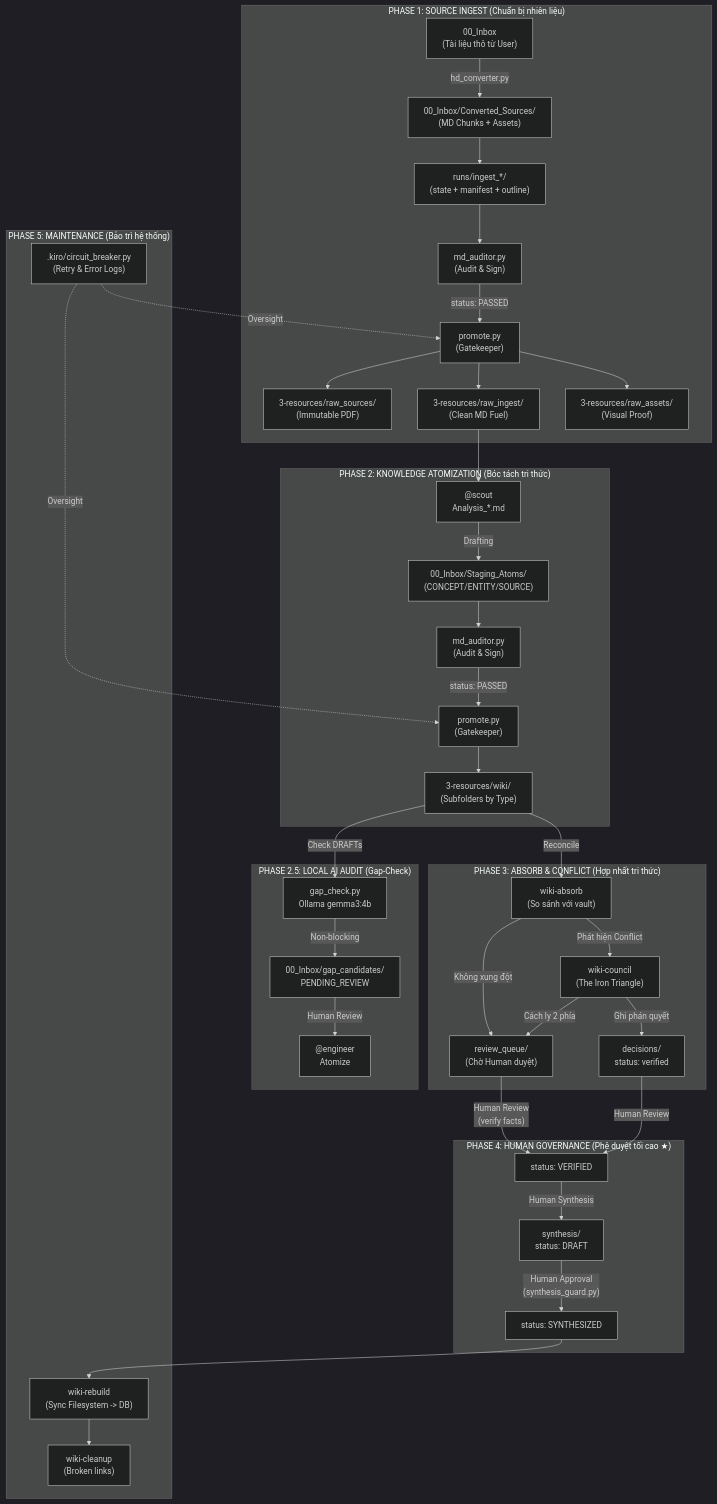
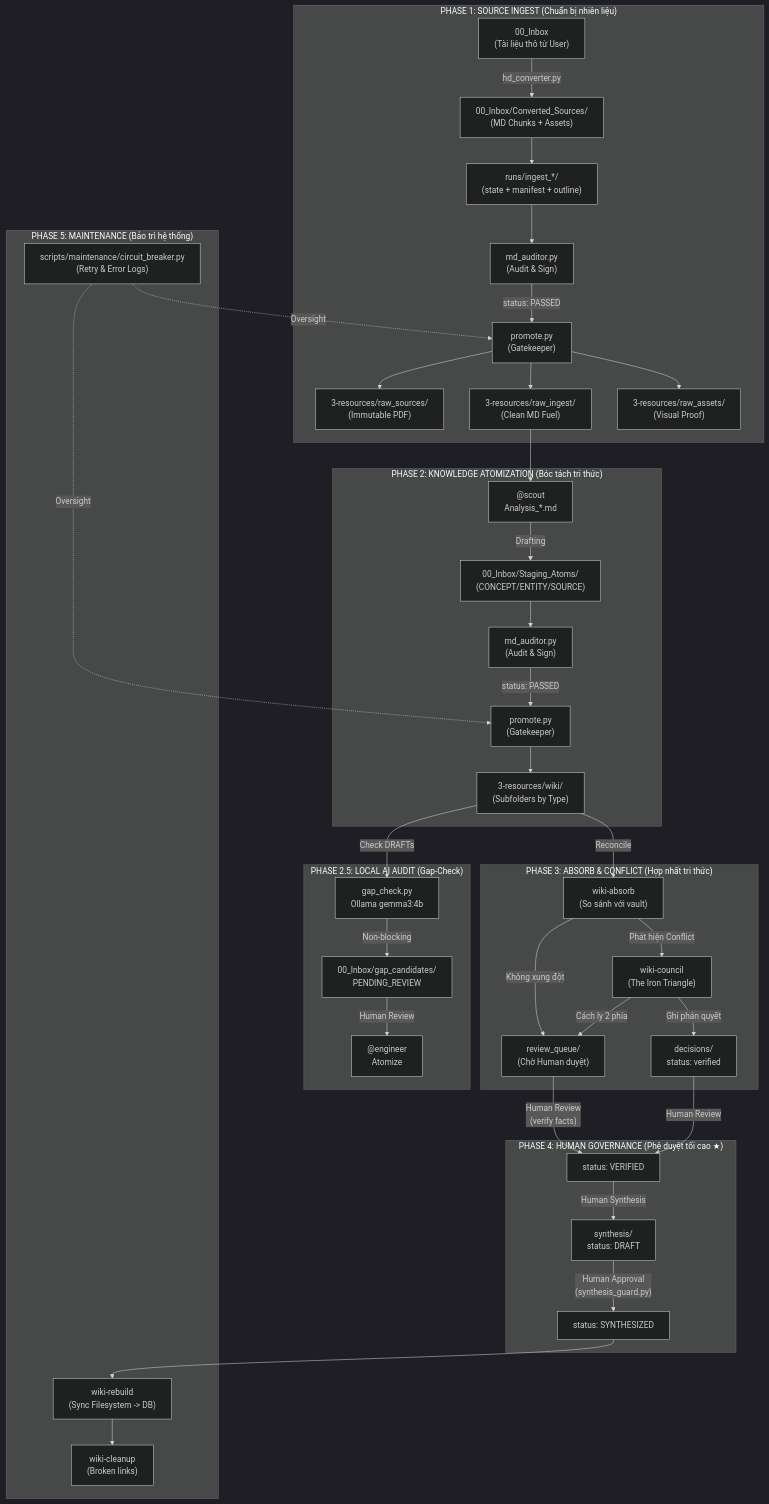
The diagram in WORKSPACE_OVERVIEW.md (annguyenduc/NoteBookLLM_Br), drawn with Mermaid (dark theme) before and after one commit. The commit also changed other lines of this file and 302 other files, not shown here.

````diff
--- a/WORKSPACE_OVERVIEW.md
+++ b/WORKSPACE_OVERVIEW.md
@@ -72,49 +77,49 @@
 ```mermaid
 graph TD
     subgraph "PHASE 1: SOURCE INGEST (Chuẩn bị nhiên liệu)"
         USER_IN["00_Inbox\n(Tài liệu thô từ User)"] -->|hd_converter.py| CONV["00_Inbox/Converted_Sources/\n(MD Chunks + Assets)"]
         CONV --> RUNS["runs/ingest_*/\n(state + manifest + outline)"]
         RUNS --> AUDIT_A["md_auditor.py\n(Audit & Sign)"]
         AUDIT_A -->|status: PASSED| PROMOTE_A["promote.py\n(Gatekeeper)"]
         PROMOTE_A --> RAW_PDF["3-resources/raw_sources/\n(Immutable PDF)"]
         PROMOTE_A --> FUEL["3-resources/raw_ingest/\n(Clean MD Fuel)"]
         PROMOTE_A --> ASSETS["3-resources/raw_assets/\n(Visual Proof)"]
     end
 
     subgraph "PHASE 2: KNOWLEDGE ATOMIZATION (Bóc tách tri thức)"
         FUEL --> SCOUT["@scout\nAnalysis_*.md"]
         SCOUT -->|Drafting| STAGE_ATOM["00_Inbox/Staging_Atoms/\n(CONCEPT/ENTITY/SOURCE)"]
         STAGE_ATOM --> AUDIT_B["md_auditor.py\n(Audit & Sign)"]
         AUDIT_B -->|status: PASSED| PROMOTE_B["promote.py\n(Gatekeeper)"]
         PROMOTE_B --> WIKI["3-resources/wiki/\n(Subfolders by Type)"]
     end
 
     subgraph "PHASE 2.5: LOCAL AI AUDIT (Gap-Check)"
         WIKI -->|Check DRAFTs| GAP_CHECK["gap_check.py\nOllama gemma3:4b"]
         GAP_CHECK -->|Non-blocking| GAP_CAND["00_Inbox/gap_candidates/\nPENDING_REVIEW"]
         GAP_CAND -->|Human Review| ENGINEER["@engineer\nAtomize"]
     end
 
     subgraph "PHASE 3: ABSORB & CONFLICT (Hợp nhất tri thức)"
         WIKI -->|Reconcile| ABSORB["wiki-absorb\n(So sánh với vault)"]
         ABSORB -->|Không xung đột| QUEUE["review_queue/\n(Chờ Human duyệt)"]
         ABSORB -->|Phát hiện Conflict| COUNCIL["wiki-council\n(The Iron Triangle)"]
         COUNCIL -->|Ghi phán quyết| DECISION["decisions/\nstatus: verified"]
         COUNCIL -->|Cách ly 2 phía| QUEUE
     end
 
     subgraph "PHASE 4: HUMAN GOVERNANCE (Phê duyệt tối cao ★)"
         QUEUE -->|"Human Review\n(verify facts)"| VERIFIED["status: VERIFIED"]
         DECISION -->|"Human Review"| VERIFIED
         VERIFIED -->|"Human Synthesis"| SYNTH_DRAFT["synthesis/\nstatus: DRAFT"]
         SYNTH_DRAFT -->|"Human Approval\n(synthesis_guard.py)"| SYNTHESIZED["status: SYNTHESIZED"]
     end
 
     subgraph "PHASE 5: MAINTENANCE (Bảo trì hệ thống)"
         SYNTHESIZED --> REBUILD["wiki-rebuild\n(Sync Filesystem -> DB)"]
         REBUILD --> CLEAN["wiki-cleanup\n(Broken links)"]
-        
-        CB[".kiro/circuit_breaker.py\n(Retry & Error Logs)"] -.->|Oversight| PROMOTE_A
+
+        CB["scripts/maintenance/circuit_breaker.py\n(Retry & Error Logs)"] -.->|Oversight| PROMOTE_A
         CB -.->|Oversight| PROMOTE_B
     end
 ```
````
